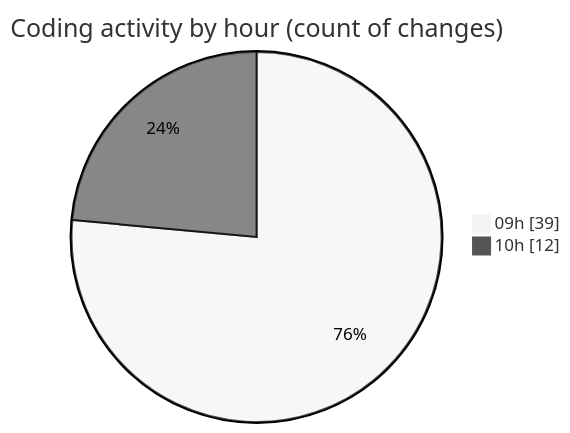
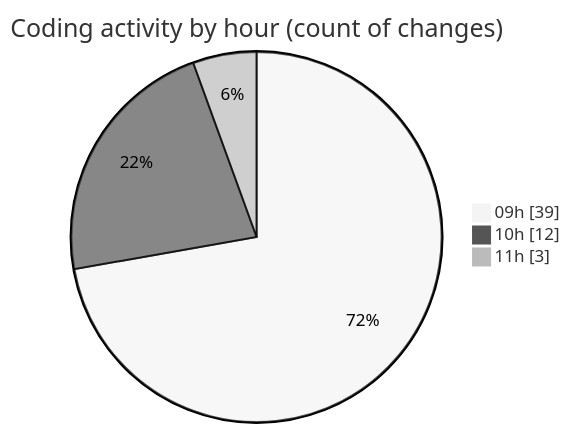
The second of 2 diagrams in 2025-03-04/cda/README.md (momahboobian/code-tracking), drawn with Mermaid (neutral theme) before and after one commit. The commit also changed other lines of this file and 1 other file, not shown here.

````diff
--- a/2025-03-04/cda/README.md
+++ b/2025-03-04/cda/README.md
@@ -32,6 +32,7 @@
 ```mermaid
 pie showData
 title Coding activity by hour (count of changes)
 "09h" : 39
 "10h" : 12
+"11h" : 3
 ```
````
